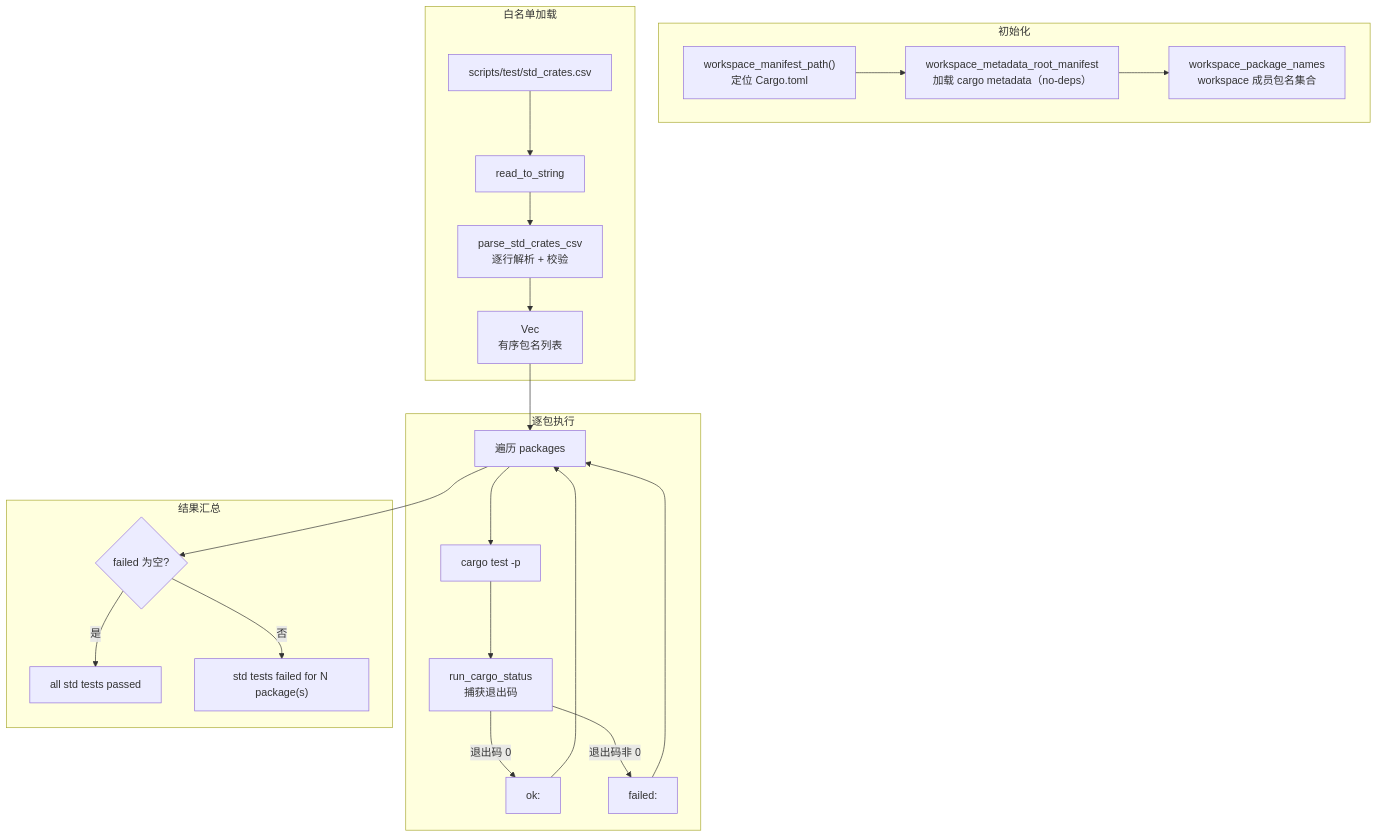
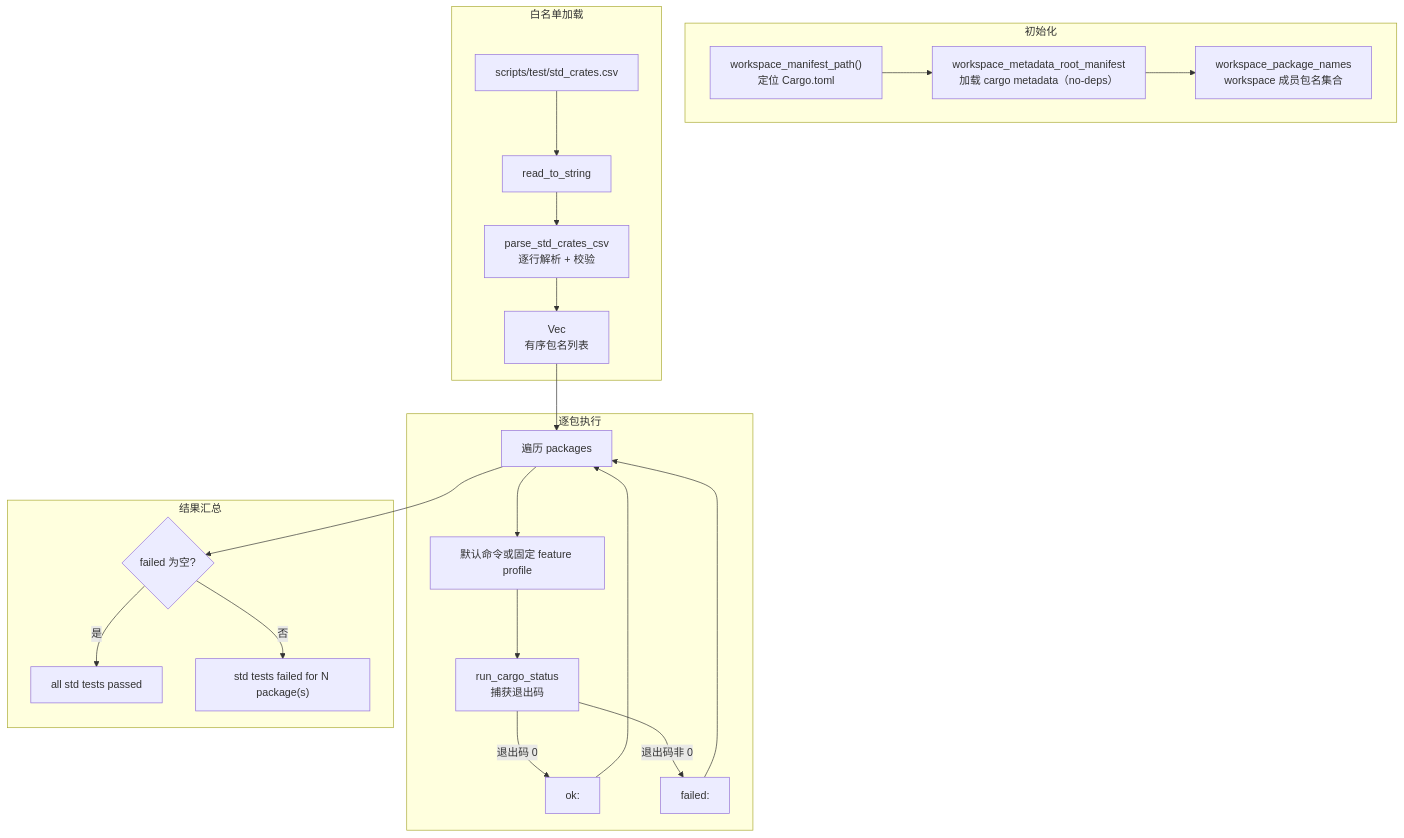
The diagram in docs/docs/build/test.md (451846939/tgoskits), drawn with Mermaid before and after one commit. The commit also changed other lines of this file and 158 other files, not shown here.

````diff
--- a/docs/docs/build/test.md
+++ b/docs/docs/build/test.md
@@ -23,40 +23,40 @@
 ```mermaid
 flowchart TB
     subgraph Init["初始化"]
         MANIFEST["workspace_manifest_path()<br/>定位 Cargo.toml"]
         META["workspace_metadata_root_manifest<br/>加载 cargo metadata（no-deps）"]
         NAMES["workspace_package_names<br/>workspace 成员包名集合"]
     end
 
     subgraph CSV["白名单加载"]
         PATH["scripts/test/std_crates.csv"]
         READ["read_to_string"]
         PARSE["parse_std_crates_csv<br/>逐行解析 + 校验"]
         PACKAGES["Vec<String><br/>有序包名列表"]
     end
 
     subgraph Run["逐包执行"]
         LOOP["遍历 packages"]
-        ARGS["cargo test -p <pkg>"]
+        ARGS["默认命令或固定 feature profile"]
         STATUS["run_cargo_status<br/>捕获退出码"]
         OK["ok: <pkg>"]
         FAIL["failed: <pkg>"]
     end
 
     subgraph Report["结果汇总"]
         EMPTY{"failed 为空?"}
         PASS["all std tests passed"]
         BAIL["std tests failed for N package(s)"]
     end
 
     MANIFEST --> META --> NAMES
     PATH --> READ --> PARSE --> PACKAGES
     PACKAGES --> LOOP --> ARGS --> STATUS
     STATUS -->|退出码 0| OK
     STATUS -->|退出码非 0| FAIL
     OK --> LOOP
     FAIL --> LOOP
     LOOP --> EMPTY
     EMPTY -->|是| PASS
     EMPTY -->|否| BAIL
 ```
````
